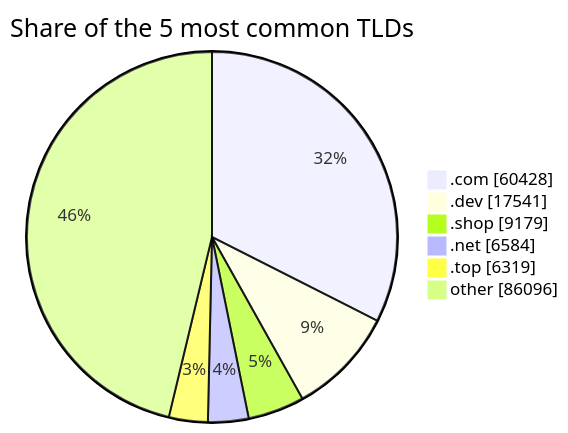
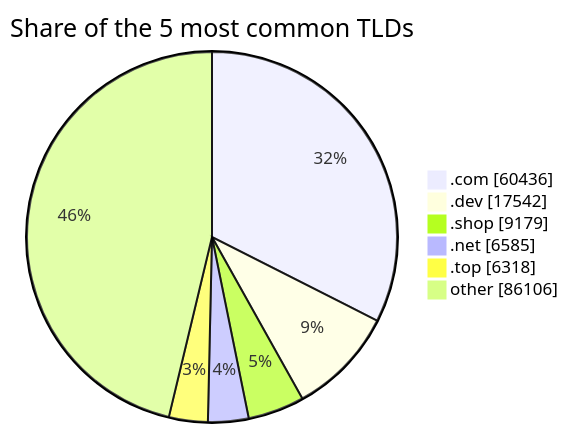
The third of 3 diagrams in README.md (DNSBunker/CTI), drawn with Mermaid before and after one commit. The commit also changed other lines of this file and 3 other files, not shown here.

````diff
--- a/README.md
+++ b/README.md
@@ -81,9 +81,9 @@
 ```mermaid
 pie showData title Share of the 5 most common TLDs
-    ".com" : 60428
-    ".dev" : 17541
+    ".com" : 60436
+    ".dev" : 17542
     ".shop" : 9179
-    ".net" : 6584
-    ".top" : 6319
-    "other" : 86096
+    ".net" : 6585
+    ".top" : 6318
+    "other" : 86106
 ```
````
